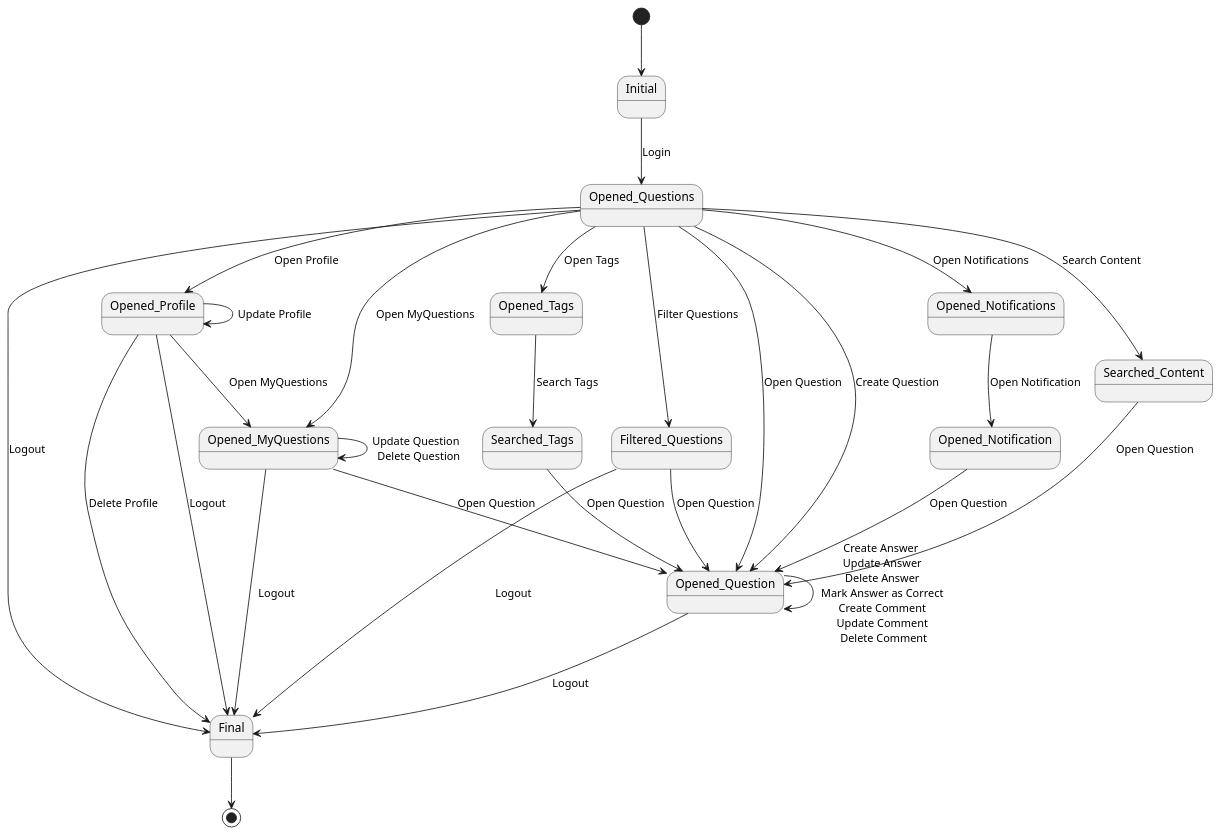
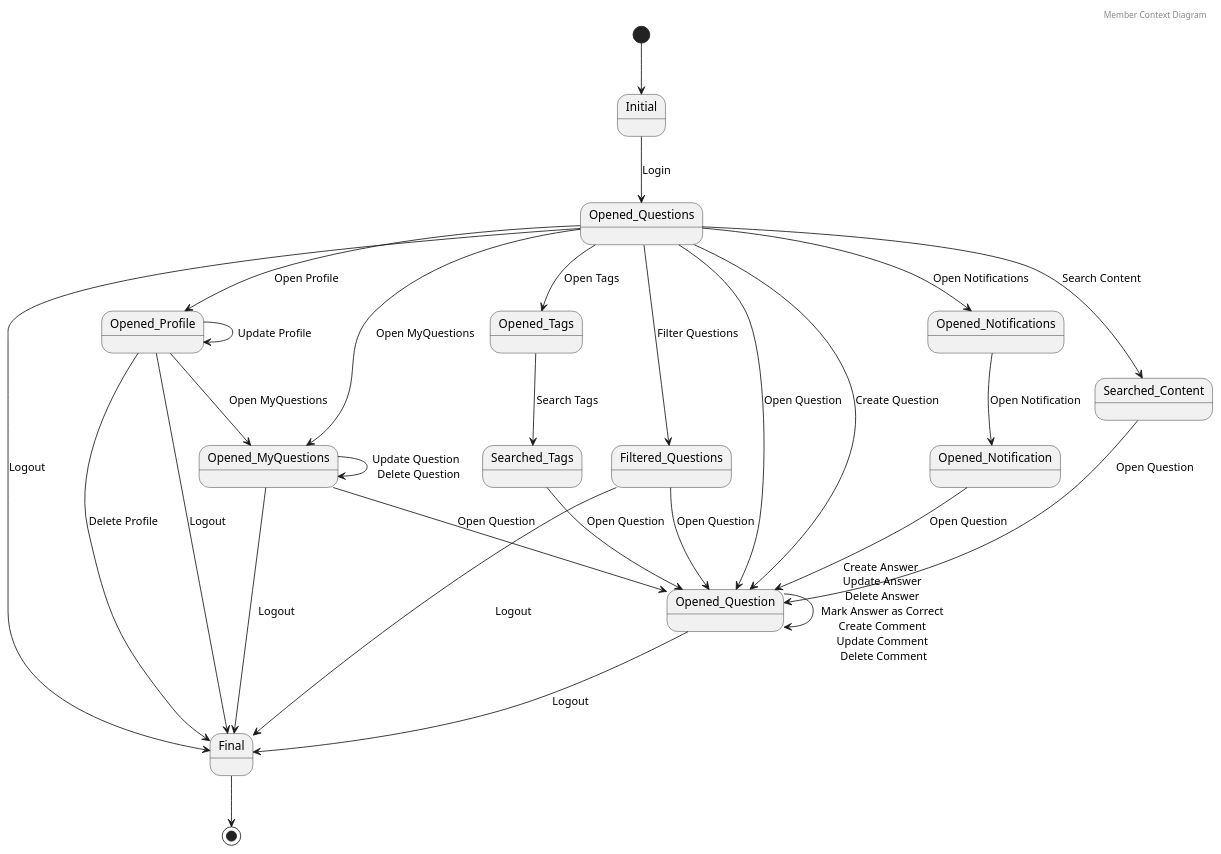
One commit to rafaelacirino/miw-backend-foro changed the diagram in src/main/resources/templates/diagramaDeContextoMember.plantuml. Above: the diagram before and after it, drawn with PlantUML. The commit also changed 20 other files, not shown here.

Commit message:
adding more diagrams

```diff
--- a/src/main/resources/templates/diagramaDeContextoMember.plantuml
+++ b/src/main/resources/templates/diagramaDeContextoMember.plantuml
@@ -1,42 +1,44 @@
 @startuml
+
+header Member Context Diagram
 
 [*] --> Initial
 
 Initial --> Opened_Questions : Login
 Opened_Questions --> Opened_Question : Open Question
 Opened_Questions --> Opened_MyQuestions : Open MyQuestions
 Opened_MyQuestions --> Opened_Question : Open Question
 Opened_Questions --> Opened_Notifications : Open Notifications
 
 Opened_Questions --> Opened_Question : Create Question
 Opened_Questions --> Opened_Profile : Open Profile
 Opened_Questions --> Filtered_Questions : Filter Questions
 Filtered_Questions --> Opened_Question : Open Question
 Opened_Questions --> Final : Logout
 Filtered_Questions --> Final : Logout
 
 Opened_Notifications --> Opened_Notification : Open Notification
 Opened_Notification --> Opened_Question : Open Question
 
 
 Opened_Questions --> Searched_Content : Search Content
 Searched_Content --> Opened_Question : Open Question
 
 Opened_Questions --> Opened_Tags : Open Tags
 Opened_Tags --> Searched_Tags : Search Tags
 Searched_Tags --> Opened_Question : Open Question
 
 Opened_Question --> Opened_Question : Create Answer \n Update Answer \n Delete Answer \n Mark Answer as Correct \n Create Comment \n Update Comment \n Delete Comment
 Opened_Question --> Final : Logout
 
 Opened_MyQuestions --> Opened_MyQuestions : Update Question \n Delete Question
 Opened_MyQuestions --> Final : Logout
 
 Opened_Profile --> Opened_MyQuestions : Open MyQuestions
 Opened_Profile --> Opened_Profile : Update Profile
 Opened_Profile --> Final : Delete Profile
 Opened_Profile --> Final : Logout
 
 Final --> [*]
 
 @enduml
```
